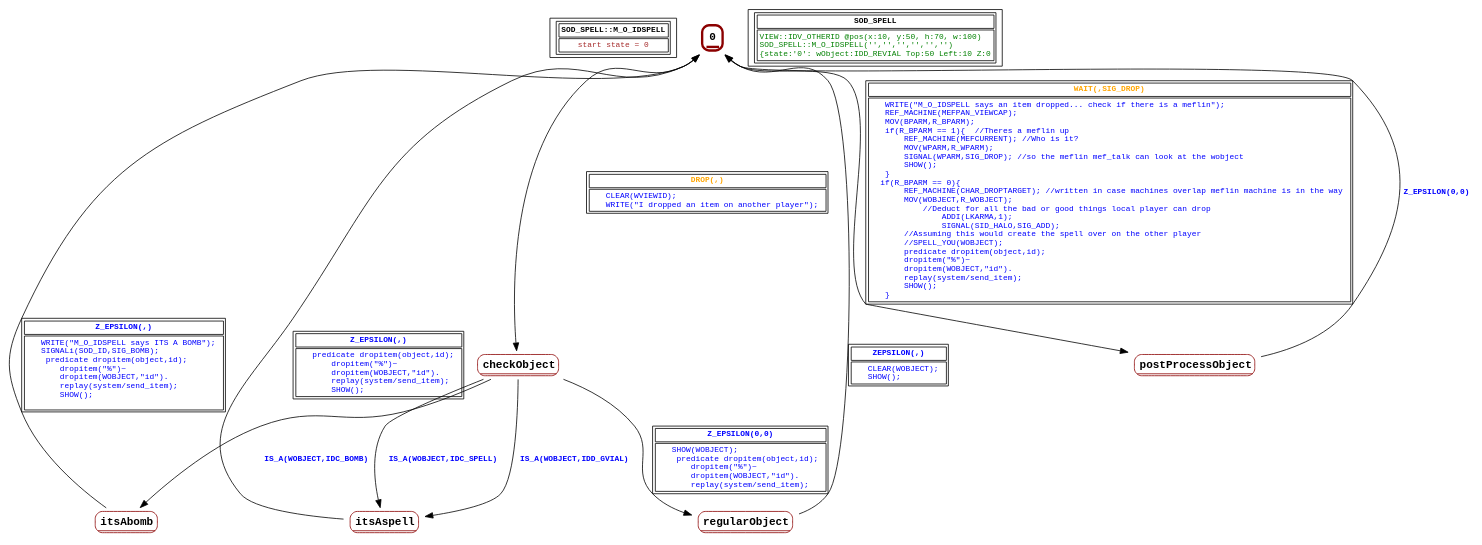
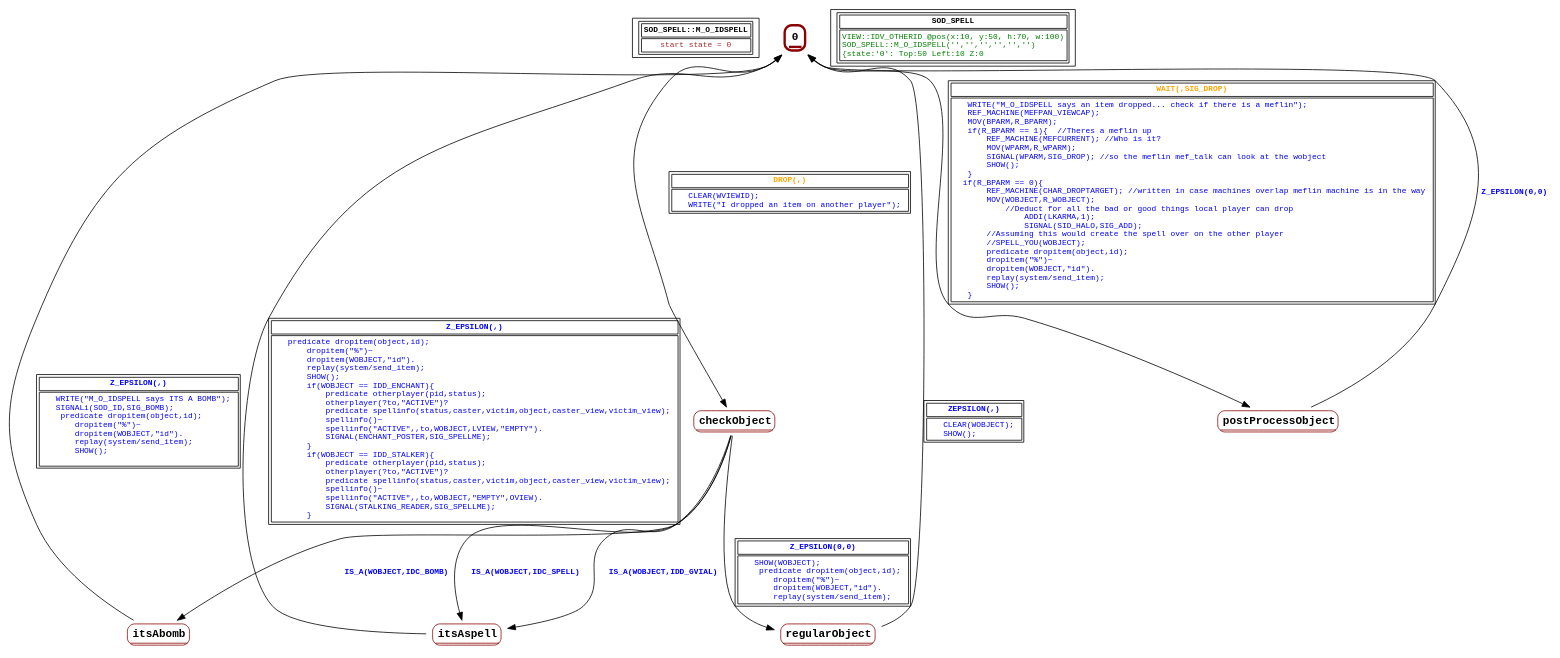
One commit to guy-stewart/AzariaCD changed the diagram in graphs/SOD_SPELL.dot. Above: the diagram before and after it, drawn with Graphviz. The commit also changed 21 other files, not shown here.

```diff
--- a/graphs/SOD_SPELL.dot
+++ b/graphs/SOD_SPELL.dot
@@ -1,52 +1,52 @@
 digraph Automaton {
  fontname="Courier New"
 	node [shape=oval, fontname="Courier New"];
 	filename[shape = record, fontsize=10, label=< <table border="1"><tr><td><b>SOD_SPELL::M_O_IDSPELL<br align="left"/></b></td></tr>
 <tr><td><font point-size="10" color ="brown">start state = 0<br align="left"/></font></td></tr></table>>
 ];
 	0[shape = none, fontsize=14, label=< <table border="3" color="darkred" style="rounded"><tr><td sides="b"><b>0<br align="left"/></b></td></tr>
 </table>>];
 "0" -> "checkObject" [fontcolor=orange,fontsize=10,fontname="Courier New", label=< <table border="1"><tr><td><b>DROP(,)<br align="left"/></b></td></tr>
 <tr><td><font point-size="10" color ="blue">    CLEAR(WVIEWID);<br align="left"/>    WRITE(&quot;I dropped an item on another player&quot;);<br align="left"/></font></td></tr></table>>
 ];
 "0" -> "postProcessObject" [fontcolor=orange,fontsize=10,fontname="Courier New", label=< <table border="1"><tr><td><b>WAIT(,SIG_DROP)<br align="left"/></b></td></tr>
 <tr><td><font point-size="10" color ="blue">    WRITE(&quot;M_O_IDSPELL says an item dropped... check if there is a meflin&quot;);<br align="left"/>    REF_MACHINE(MEFPAN_VIEWCAP);<br align="left"/>    MOV(BPARM,R_BPARM);<br align="left"/>    if(R_BPARM == 1)&#123;  //Theres a meflin up<br align="left"/>        REF_MACHINE(MEFCURRENT); //Who is it?<br align="left"/>        MOV(WPARM,R_WPARM);<br align="left"/>        SIGNAL(WPARM,SIG_DROP); //so the meflin mef_talk can look at the wobject<br align="left"/>        SHOW();<br align="left"/>    &#125;<br align="left"/>   if(R_BPARM == 0)&#123;<br align="left"/>        REF_MACHINE(CHAR_DROPTARGET); //written in case machines overlap meflin machine is in the way<br align="left"/>        MOV(WOBJECT,R_WOBJECT);<br align="left"/>            //Deduct for all the bad or good things local player can drop <br align="left"/>                ADDI(LKARMA,1); <br align="left"/>                SIGNAL(SID_HALO,SIG_ADD);<br align="left"/>        //Assuming this would create the spell over on the other player<br align="left"/>        //SPELL_YOU(WOBJECT);<br align="left"/>        predicate dropitem(object,id);<br align="left"/>        dropitem(&quot;%&quot;)~<br align="left"/>        dropitem(WOBJECT,&quot;id&quot;).<br align="left"/>        replay(system/send_item);<br align="left"/>        SHOW();<br align="left"/>    &#125; <br align="left"/></font></td></tr></table>>
 ];
 	checkObject[shape = none, fontsize=14, label=< <table border="1" color="darkred" style="rounded"><tr><td sides="b"><b>checkObject<br align="left"/></b></td></tr>
 </table>>];
 "checkObject" -> "itsAbomb" [fontcolor=blue,fontsize=10,fontname="Courier New", label=< <table border="0"><tr><td><b>IS_A(WOBJECT,IDC_BOMB)<br align="left"/></b></td></tr>
 </table>>
 ];
 "checkObject" -> "itsAspell" [fontcolor=blue,fontsize=10,fontname="Courier New", label=< <table border="0"><tr><td><b>IS_A(WOBJECT,IDC_SPELL)<br align="left"/></b></td></tr>
 </table>>
 ];
 "checkObject" -> "itsAspell" [fontcolor=blue,fontsize=10,fontname="Courier New", label=< <table border="0"><tr><td><b>IS_A(WOBJECT,IDD_GVIAL)<br align="left"/></b></td></tr>
 </table>>
 ];
 "checkObject" -> "regularObject" [fontcolor=blue,fontsize=10,fontname="Courier New", label=< <table border="1"><tr><td><b>Z_EPSILON(0,0)<br align="left"/></b></td></tr>
 <tr><td><font point-size="10" color ="blue">    SHOW(WOBJECT);<br align="left"/>     predicate dropitem(object,id);<br align="left"/>        dropitem(&quot;%&quot;)~<br align="left"/>        dropitem(WOBJECT,&quot;id&quot;).<br align="left"/>        replay(system/send_item);<br align="left"/></font></td></tr></table>>
 ];
 	itsAbomb[shape = none, fontsize=14, label=< <table border="1" color="darkred" style="rounded"><tr><td sides="b"><b>itsAbomb<br align="left"/></b></td></tr>
 </table>>];
 "itsAbomb" -> "0" [fontcolor=blue,fontsize=10,fontname="Courier New", label=< <table border="1"><tr><td><b>Z_EPSILON(,)<br align="left"/></b></td></tr>
 <tr><td><font point-size="10" color ="blue">    WRITE(&quot;M_O_IDSPELL says ITS A BOMB&quot;);<br align="left"/>    SIGNALi(SOD_ID,SIG_BOMB);<br align="left"/>     predicate dropitem(object,id);<br align="left"/>        dropitem(&quot;%&quot;)~<br align="left"/>        dropitem(WOBJECT,&quot;id&quot;).<br align="left"/>        replay(system/send_item);<br align="left"/>        SHOW();<br align="left"/>    <br align="left"/></font></td></tr></table>>
 ];
 	itsAspell[shape = none, fontsize=14, label=< <table border="1" color="darkred" style="rounded"><tr><td sides="b"><b>itsAspell<br align="left"/></b></td></tr>
 </table>>];
 "itsAspell" -> "0" [fontcolor=blue,fontsize=10,fontname="Courier New", label=< <table border="1"><tr><td><b>Z_EPSILON(,)<br align="left"/></b></td></tr>
-<tr><td><font point-size="10" color ="blue">    predicate dropitem(object,id);<br align="left"/>        dropitem(&quot;%&quot;)~<br align="left"/>        dropitem(WOBJECT,&quot;id&quot;).<br align="left"/>        replay(system/send_item);<br align="left"/>        SHOW();<br align="left"/></font></td></tr></table>>
+<tr><td><font point-size="10" color ="blue">    predicate dropitem(object,id);<br align="left"/>        dropitem(&quot;%&quot;)~<br align="left"/>        dropitem(WOBJECT,&quot;id&quot;).<br align="left"/>        replay(system/send_item);<br align="left"/>        SHOW();<br align="left"/>        if(WOBJECT == IDD_ENCHANT)&#123;<br align="left"/>            predicate otherplayer(pid,status);<br align="left"/>            otherplayer(?to,&quot;ACTIVE&quot;)?<br align="left"/>            predicate spellinfo(status,caster,victim,object,caster_view,victim_view);<br align="left"/>            spellinfo()~<br align="left"/>            spellinfo(&quot;ACTIVE&quot;,,to,WOBJECT,LVIEW,&quot;EMPTY&quot;).<br align="left"/>            SIGNAL(ENCHANT_POSTER,SIG_SPELLME);<br align="left"/>        &#125;<br align="left"/>        if(WOBJECT == IDD_STALKER)&#123;<br align="left"/>            predicate otherplayer(pid,status);<br align="left"/>            otherplayer(?to,&quot;ACTIVE&quot;)?<br align="left"/>            predicate spellinfo(status,caster,victim,object,caster_view,victim_view);<br align="left"/>            spellinfo()~<br align="left"/>            spellinfo(&quot;ACTIVE&quot;,,to,WOBJECT,&quot;EMPTY&quot;,OVIEW).<br align="left"/>            SIGNAL(STALKING_READER,SIG_SPELLME);<br align="left"/>        &#125;<br align="left"/></font></td></tr></table>>
 ];
 	postProcessObject[shape = none, fontsize=14, label=< <table border="1" color="darkred" style="rounded"><tr><td sides="b"><b>postProcessObject<br align="left"/></b></td></tr>
 </table>>];
 "postProcessObject" -> "0" [fontcolor=blue,fontsize=10,fontname="Courier New", label=< <table border="0"><tr><td><b>Z_EPSILON(0,0)<br align="left"/></b></td></tr>
 </table>>
 ];
 	regularObject[shape = none, fontsize=14, label=< <table border="1" color="darkred" style="rounded"><tr><td sides="b"><b>regularObject<br align="left"/></b></td></tr>
 </table>>];
 "regularObject" -> "0" [fontcolor=blue,fontsize=10,fontname="Courier New", label=< <table border="1"><tr><td><b>ZEPSILON(,)<br align="left"/></b></td></tr>
 <tr><td><font point-size="10" color ="blue">    CLEAR(WOBJECT);<br align="left"/>    SHOW();<br align="left"/></font></td></tr></table>>
 ];
 	status[shape = record, fontsize=10, label=< <table border="1"><tr><td><b>SOD_SPELL<br align="left"/></b></td></tr>
-<tr><td><font point-size="10" color ="green">VIEW::IDV_OTHERID @pos(x:10, y:50, h:70, w:100)<br align="left"/>SOD_SPELL::M_O_IDSPELL(&apos;&apos;,&apos;&apos;,&apos;&apos;,&apos;&apos;,&apos;&apos;,&apos;&apos;)<br align="left"/>			&#123;state:&apos;0&apos;: wObject:IDD_REVIAL Top:50 Left:10 Z:0<br align="left"/></font></td></tr></table>>
+<tr><td><font point-size="10" color ="green">VIEW::IDV_OTHERID @pos(x:10, y:50, h:70, w:100)<br align="left"/>SOD_SPELL::M_O_IDSPELL(&apos;&apos;,&apos;&apos;,&apos;&apos;,&apos;&apos;,&apos;&apos;,&apos;&apos;)<br align="left"/>			&#123;state:&apos;0&apos;: Top:50 Left:10 Z:0<br align="left"/></font></td></tr></table>>
 ];
 }
```
